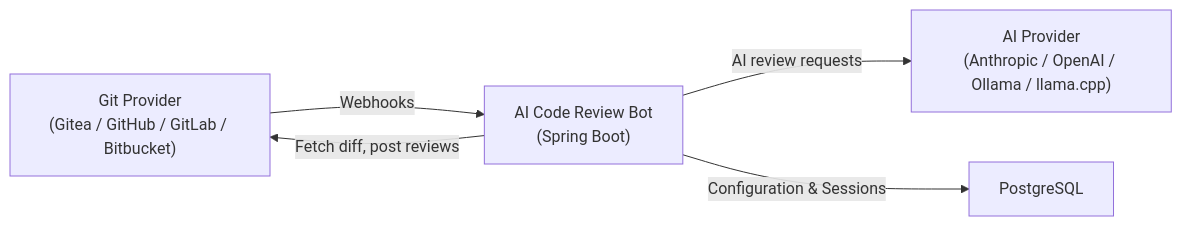
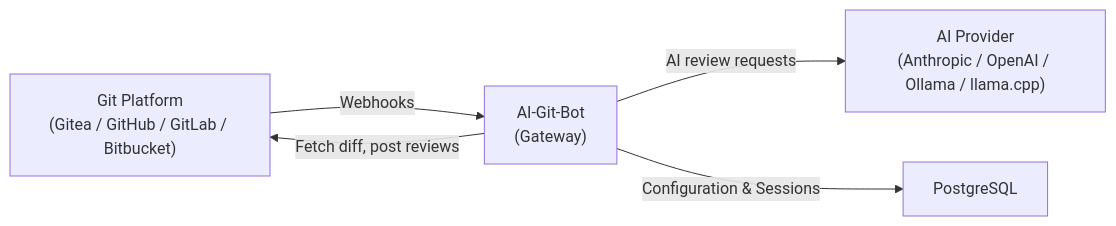
The second of 2 diagrams in README.md (Dakraid/ai-git-bot), drawn with Mermaid before and after one commit. The commit also changed other lines of this file and 28 other files, not shown here.

````diff
--- a/README.md
+++ b/README.md
@@ -180,12 +262,12 @@
 ```mermaid
 graph LR
-    Git["Git Provider<br/>(Gitea / GitHub / GitLab / Bitbucket)"]
-    Bot["AI Code Review Bot<br/>(Spring Boot)"]
+    Git["Git Platform<br/>(Gitea / GitHub / GitLab / Bitbucket)"]
+    Bot["AI-Git-Bot<br/>(Gateway)"]
     AI["AI Provider<br/>(Anthropic / OpenAI / Ollama / llama.cpp)"]
     DB["PostgreSQL"]
 
     Git -- "Webhooks" --> Bot
     Bot -- "Fetch diff, post reviews" --> Git
     Bot -- "AI review requests" --> AI
     Bot -- "Configuration & Sessions" --> DB
 ```
````
